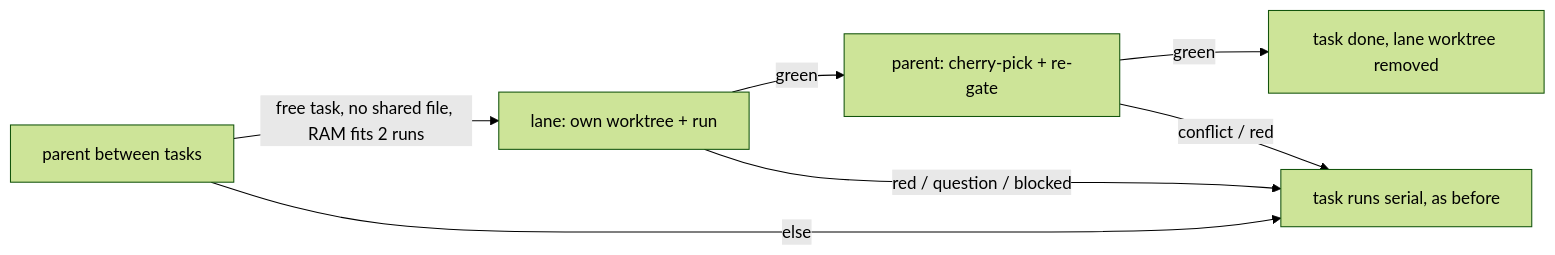
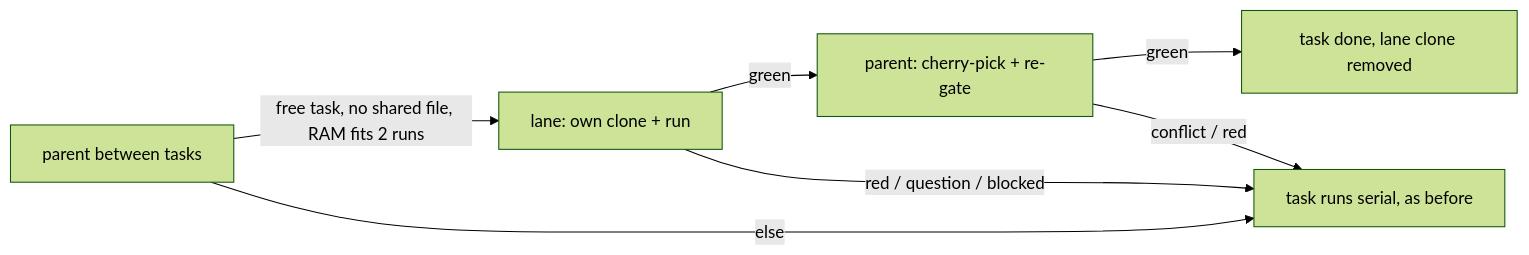
Before and after one commit to irfanguvian/agent-taskboard: the second of 3 diagrams in README.md, drawn with Mermaid (forest theme). The commit also changed other lines of this file and 48 other files, not shown here.

Commit message:
feat: each code ticket works in its own clone, gates read only trusted objects, Postgres wall and narrower push denylist

````diff
--- a/README.md
+++ b/README.md
@@ -34,9 +34,9 @@
 ```mermaid
 flowchart LR
-  Q[parent between tasks] -->|free task, no shared file, RAM fits 2 runs| L[lane: own worktree + run]
+  Q[parent between tasks] -->|free task, no shared file, RAM fits 2 runs| L[lane: own clone + run]
   Q -->|else| S[task runs serial, as before]
   L -->|green| M[parent: cherry-pick + re-gate]
   L -->|red / question / blocked| S
-  M -->|green| D[task done, lane worktree removed]
+  M -->|green| D[task done, lane clone removed]
   M -->|conflict / red| S
 ```
````
